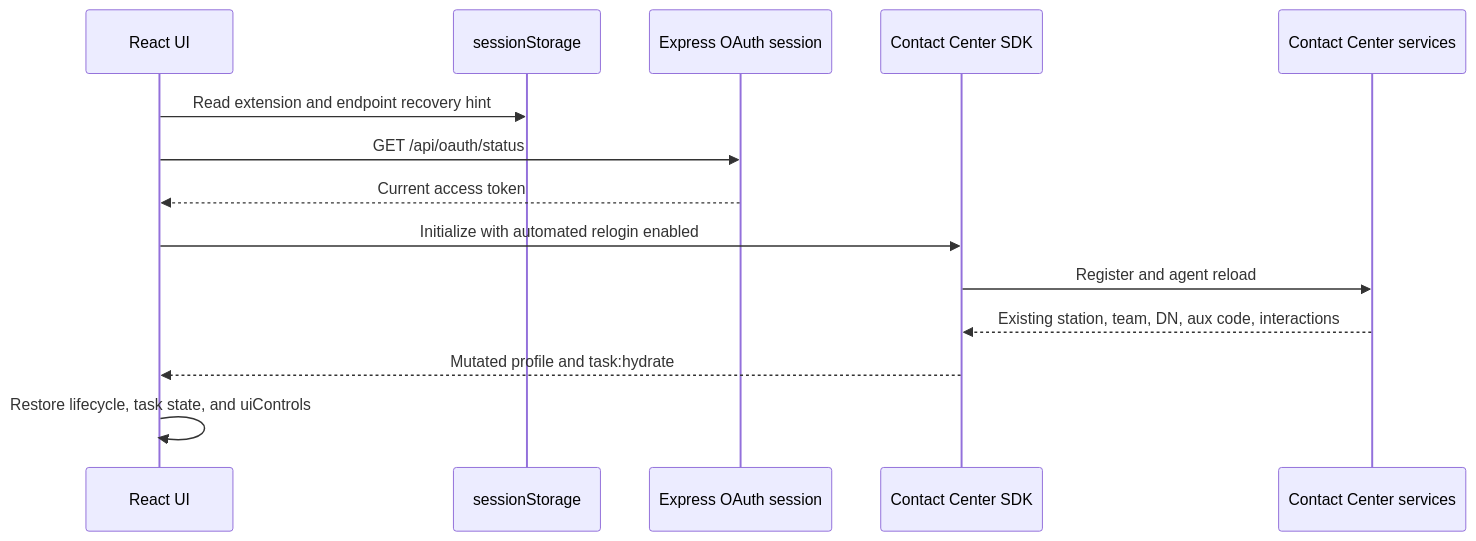
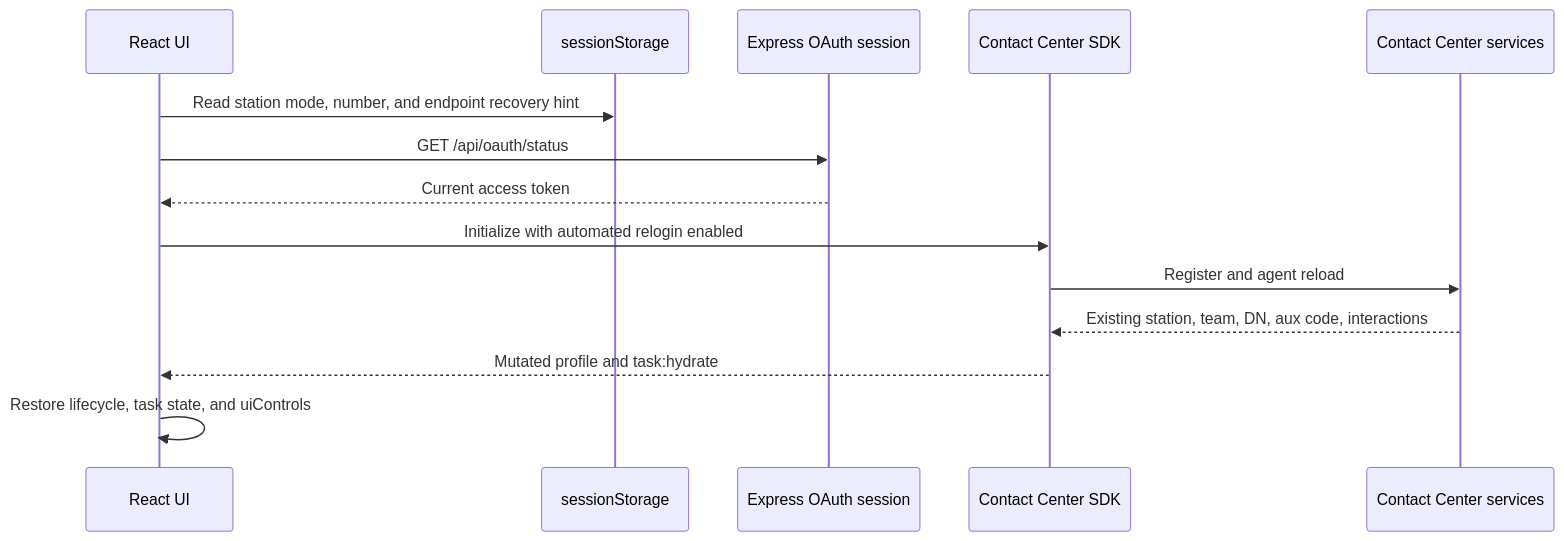
One commit to aashishberry/webexcc_sdk_app changed the seventh of 8 diagrams in ARCHITECTURE.md. Above: the diagram before and after it, drawn with Mermaid. The commit also changed other lines of this file and 10 other files, not shown here.

Commit message:
add multi-mode station login experience

````diff
--- a/ARCHITECTURE.md
+++ b/ARCHITECTURE.md
@@ -331,17 +353,17 @@
 ```mermaid
 sequenceDiagram
     participant UI as React UI
     participant SS as sessionStorage
     participant S as Express OAuth session
     participant SDK as Contact Center SDK
     participant W as Contact Center services
 
-    UI->>SS: Read extension and endpoint recovery hint
+    UI->>SS: Read station mode, number, and endpoint recovery hint
     UI->>S: GET /api/oauth/status
     S-->>UI: Current access token
     UI->>SDK: Initialize with automated relogin enabled
     SDK->>W: Register and agent reload
     W-->>SDK: Existing station, team, DN, aux code, interactions
     SDK-->>UI: Mutated profile and task:hydrate
     UI->>UI: Restore lifecycle, task state, and uiControls
 ```
````
